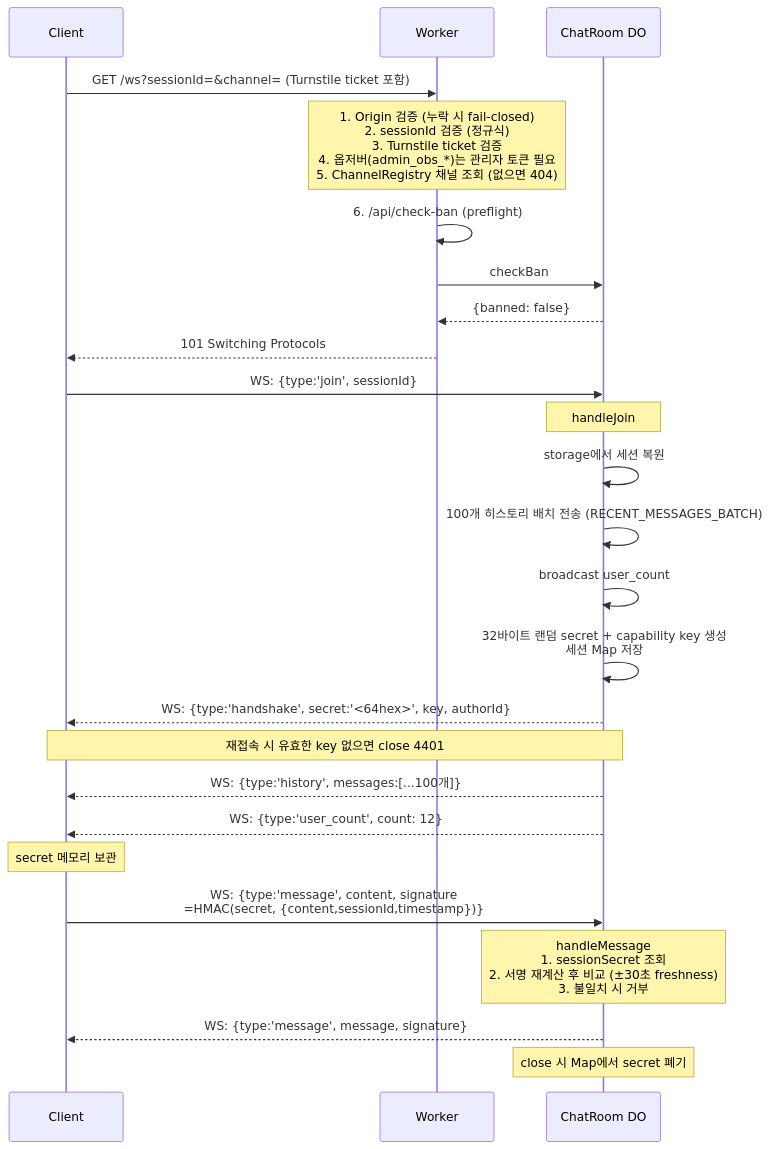
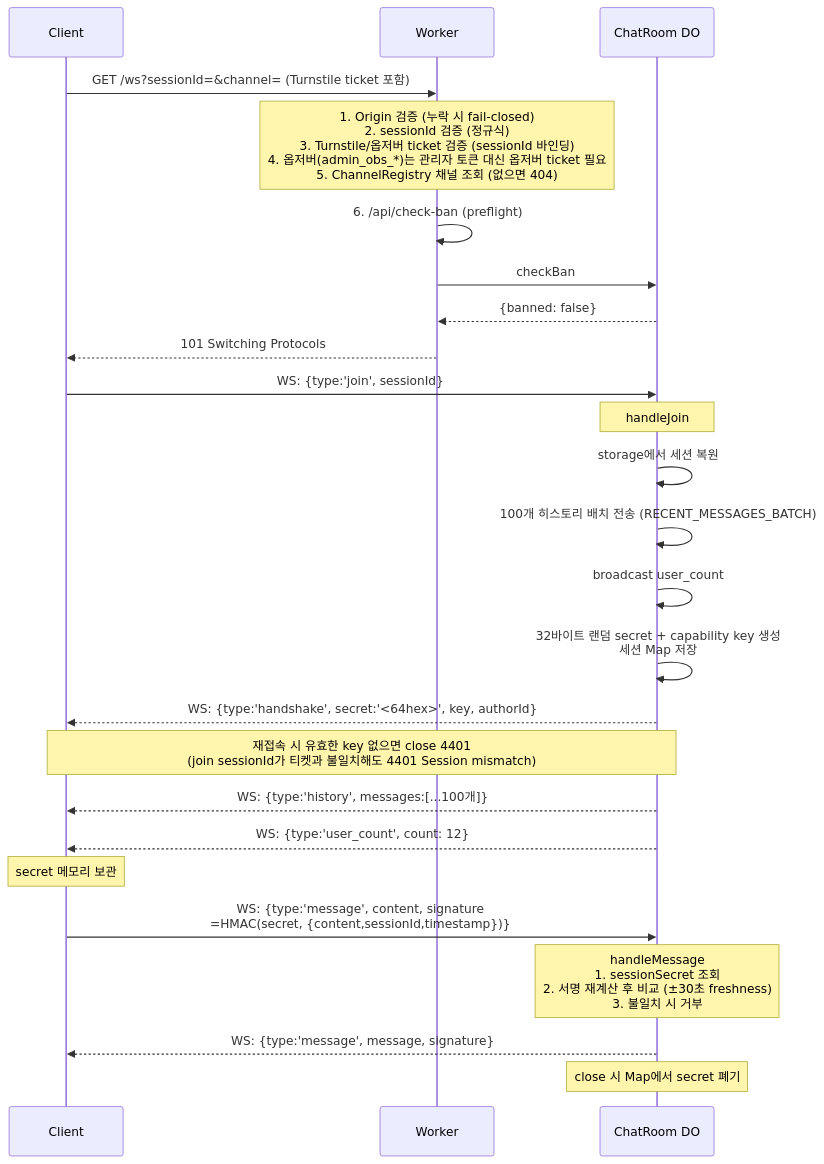
One commit to gguatit/Anonymous_Chat changed the third of 7 diagrams in docs/ARCHITECTURE.md. Above: the diagram before and after it, drawn with Mermaid. The commit also changed other lines of this file and 13 other files, not shown here.

Commit message:
docs: v2 하드닝 문서 정합화 (README/API/SECURITY/ARCHITECTURE/CHANGELOG/ANALYSIS/FEATURE_IDEAS/PRESENTATION/privacy/plan/DEPLOYMENT)

````diff
--- a/docs/ARCHITECTURE.md
+++ b/docs/ARCHITECTURE.md
@@ -224,34 +225,34 @@
 ```mermaid
 sequenceDiagram
     participant C as Client
     participant W as Worker
     participant DO as ChatRoom DO
 
     C->>W: GET /ws?sessionId=&channel= (Turnstile ticket 포함)
 
-    Note over W: 1. Origin 검증 (누락 시 fail-closed)<br/>2. sessionId 검증 (정규식)<br/>3. Turnstile ticket 검증<br/>4. 옵저버(admin_obs_*)는 관리자 토큰 필요<br/>5. ChannelRegistry 채널 조회 (없으면 404)
+    Note over W: 1. Origin 검증 (누락 시 fail-closed)<br/>2. sessionId 검증 (정규식)<br/>3. Turnstile/옵저버 ticket 검증 (sessionId 바인딩)<br/>4. 옵저버(admin_obs_*)는 관리자 토큰 대신 옵저버 ticket 필요<br/>5. ChannelRegistry 채널 조회 (없으면 404)
     W->>W: 6. /api/check-ban (preflight)
     W->>DO: checkBan
     DO-->>W: {banned: false}
     W-->>C: 101 Switching Protocols
 
     C->>DO: WS: {type:'join', sessionId}
 
     Note over DO: handleJoin
     DO->>DO: storage에서 세션 복원
     DO->>DO: 100개 히스토리 배치 전송 (RECENT_MESSAGES_BATCH)
     DO->>DO: broadcast user_count
     DO->>DO: 32바이트 랜덤 secret + capability key 생성<br/>세션 Map 저장
     DO-->>C: WS: {type:'handshake', secret:'<64hex>', key, authorId}
-    Note over C,DO: 재접속 시 유효한 key 없으면 close 4401
+    Note over C,DO: 재접속 시 유효한 key 없으면 close 4401<br/>(join sessionId가 티켓과 불일치해도 4401 Session mismatch)
     DO-->>C: WS: {type:'history', messages:[...100개]}
     DO-->>C: WS: {type:'user_count', count: 12}
 
     Note over C: secret 메모리 보관
     C->>DO: WS: {type:'message', content, signature<br/>=HMAC(secret, {content,sessionId,timestamp})}
 
     Note over DO: handleMessage<br/>1. sessionSecret 조회<br/>2. 서명 재계산 후 비교 (±30초 freshness)<br/>3. 불일치 시 거부
     DO-->>C: WS: {type:'message', message, signature}
 
     Note over DO: close 시 Map에서 secret 폐기
 ```
````
